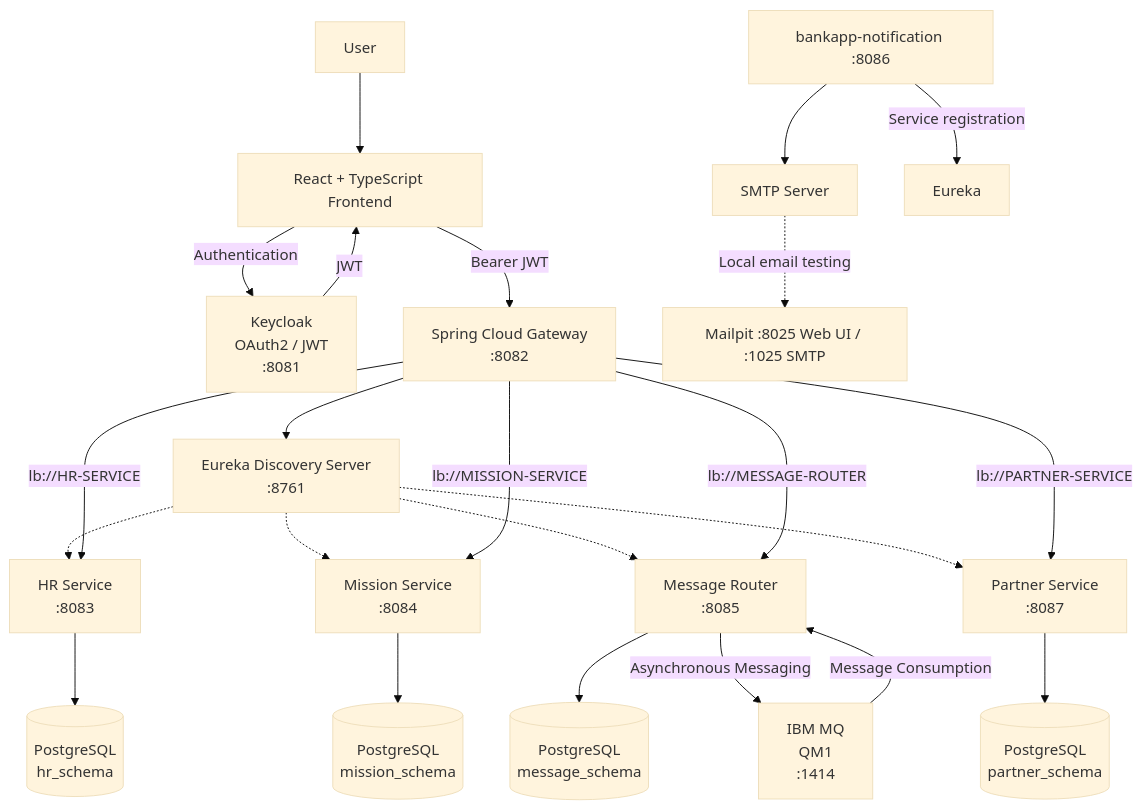
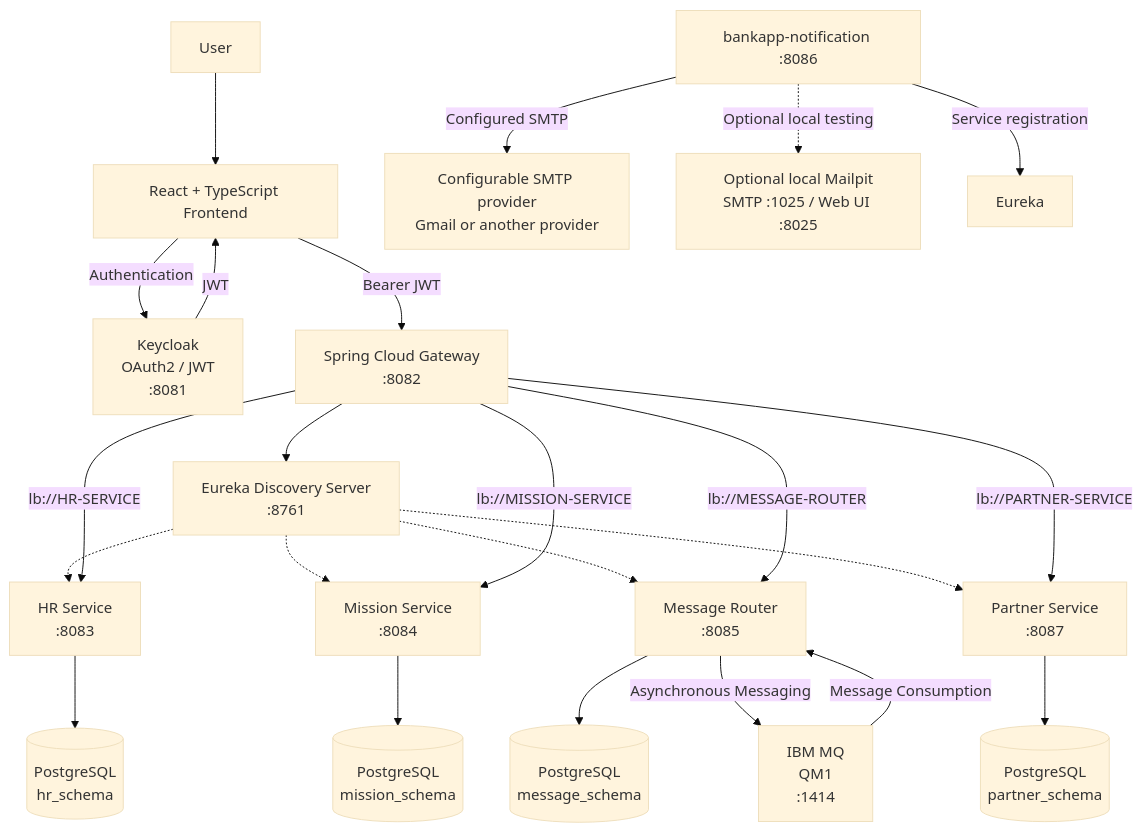
The diagram in README.md (youssefJmaiel/bankapp-microservice), drawn with Mermaid (base theme) before and after one commit. The commit also changed other lines of this file and 2 other files, not shown here.

Commit message:
chore: configure SMTP and update documentation

````diff
--- a/README.md
+++ b/README.md
@@ -77,58 +77,58 @@
 ```mermaid
 flowchart TB
 
     USER["User"]
 
     FRONT["React + TypeScript Frontend"]
 
     KC["Keycloak<br/>OAuth2 / JWT<br/>:8081"]
 
     GW["Spring Cloud Gateway<br/>:8082"]
 
     EUREKA["Eureka Discovery Server<br/>:8761"]
 
     HR["HR Service<br/>:8083"]
     MISSION["Mission Service<br/>:8084"]
     MSG["Message Router<br/>:8085"]
     PARTNER["Partner Service<br/>:8087"]
 
     HRDB[("PostgreSQL<br/>hr_schema")]
     MISSIONDB[("PostgreSQL<br/>mission_schema")]
     MSGDB[("PostgreSQL<br/>message_schema")]
     PARTNERDB[("PostgreSQL<br/>partner_schema")]
 
     MQ["IBM MQ<br/>QM1<br/>:1414"]
 
     USER --> FRONT
     FRONT -->|"Authentication"| KC
     KC -->|"JWT"| FRONT
 
     FRONT -->|"Bearer JWT"| GW
 
     GW --> EUREKA
 
     EUREKA -.-> HR
     EUREKA -.-> MISSION
     EUREKA -.-> MSG
     EUREKA -.-> PARTNER
 
     GW -->|"lb://HR-SERVICE"| HR
     GW -->|"lb://MISSION-SERVICE"| MISSION
     GW -->|"lb://MESSAGE-ROUTER"| MSG
     GW -->|"lb://PARTNER-SERVICE"| PARTNER
 
     HR --> HRDB
     MISSION --> MISSIONDB
     MSG --> MSGDB
     PARTNER --> PARTNERDB
 
     MSG -->|"Asynchronous Messaging"| MQ
     MQ -->|"Message Consumption"| MSG
 
     Notification[bankapp-notification :8086]
-    SMTP[SMTP Server]
-    Mailpit[Mailpit :8025 Web UI / :1025 SMTP]
+    SMTP[Configurable SMTP provider<br/>Gmail or another provider]
+    Mailpit[Optional local Mailpit<br/>SMTP :1025 / Web UI :8025]
     Notification -->|Service registration| Eureka
-    Notification --> SMTP
-    SMTP -. Local email testing .-> Mailpit
+    Notification -->|Configured SMTP| SMTP
+    Notification -. Optional local testing .-> Mailpit
 ```
````
